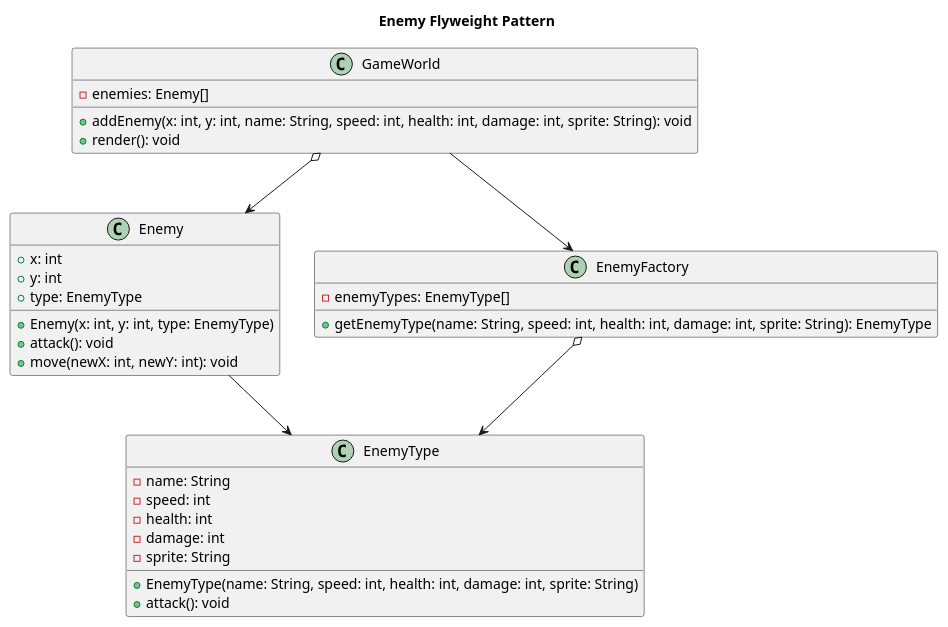
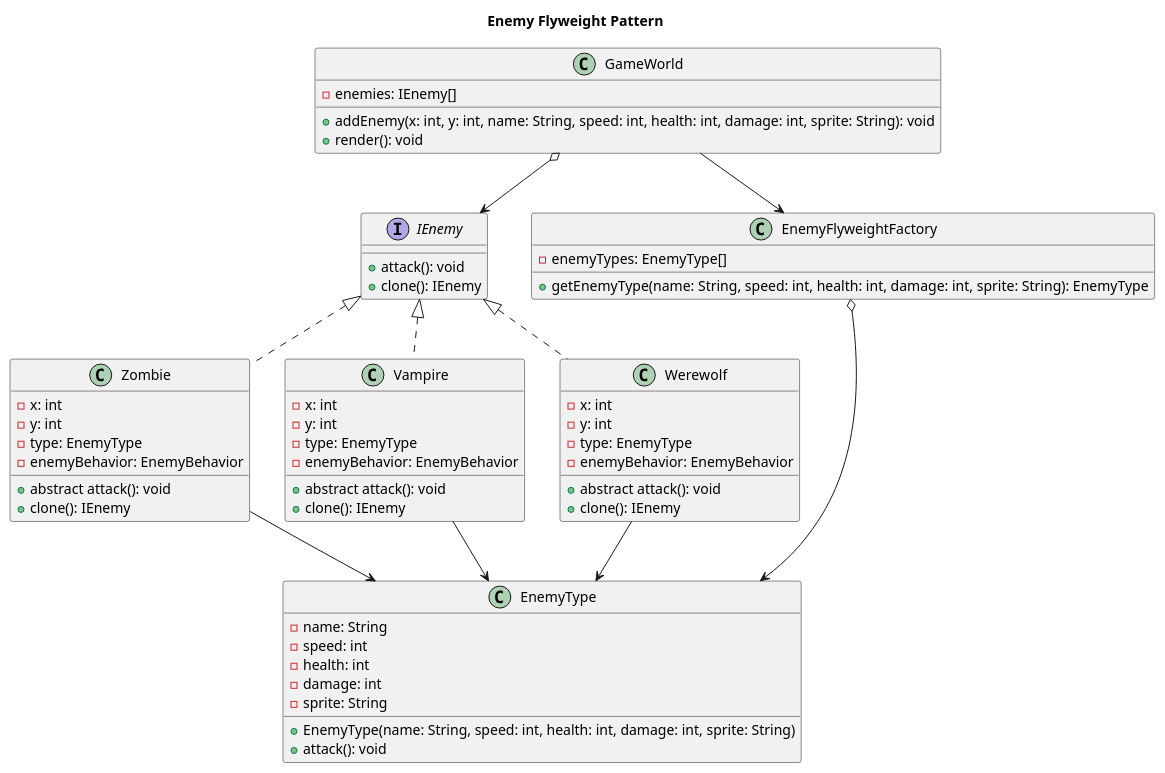
The diagram in UML/Flyweight/ennemy.flyweight.plantuml (project-survivor/documentation), drawn with PlantUML before and after one commit. The commit also changed 12 other files, not shown here.

```diff
--- a/UML/Flyweight/ennemy.flyweight.plantuml
+++ b/UML/Flyweight/ennemy.flyweight.plantuml
@@ -1,39 +1,67 @@
 @startuml
 title Enemy Flyweight Pattern
+
+interface IEnemy {
+    +attack(): void
+    +clone(): IEnemy
+}
+
 
 class EnemyType {
     - name: String
     - speed: int
     - health: int
     - damage: int
     - sprite: String
     + EnemyType(name: String, speed: int, health: int, damage: int, sprite: String)
     + attack(): void
 }
 
-class Enemy {
-    + x: int
-    + y: int
-    + type: EnemyType
-    + Enemy(x: int, y: int, type: EnemyType)
-    + attack(): void
-    + move(newX: int, newY: int): void
-}
-
-class EnemyFactory {
+class EnemyFlyweightFactory {
     - enemyTypes: EnemyType[]
     + getEnemyType(name: String, speed: int, health: int, damage: int, sprite: String): EnemyType
 }
 
 class GameWorld {
-    - enemies: Enemy[]
+    - enemies: IEnemy[]
     + addEnemy(x: int, y: int, name: String, speed: int, health: int, damage: int, sprite: String): void
     + render(): void
 }
 
-EnemyFactory o--> EnemyType
-GameWorld o--> Enemy
-GameWorld --> EnemyFactory
-Enemy --> EnemyType
+
+class Zombie implements IEnemy {
+    -x: int
+    -y: int
+    -type: EnemyType
+    -enemyBehavior: EnemyBehavior
+    +abstract attack(): void
+    +clone(): IEnemy
+}
+
+class Vampire implements IEnemy {
+    -x: int
+    -y: int
+    -type: EnemyType
+    -enemyBehavior: EnemyBehavior
+    +abstract attack(): void
+    +clone(): IEnemy
+}
+
+class Werewolf implements IEnemy {
+    -x: int
+    -y: int
+    -type: EnemyType
+    -enemyBehavior: EnemyBehavior
+    +abstract attack(): void
+    +clone(): IEnemy
+}
+
+
+EnemyFlyweightFactory o--> EnemyType
+GameWorld o--> IEnemy
+GameWorld --> EnemyFlyweightFactory
+Zombie --> EnemyType
+Werewolf --> EnemyType
+Vampire --> EnemyType
 
 @enduml
```
